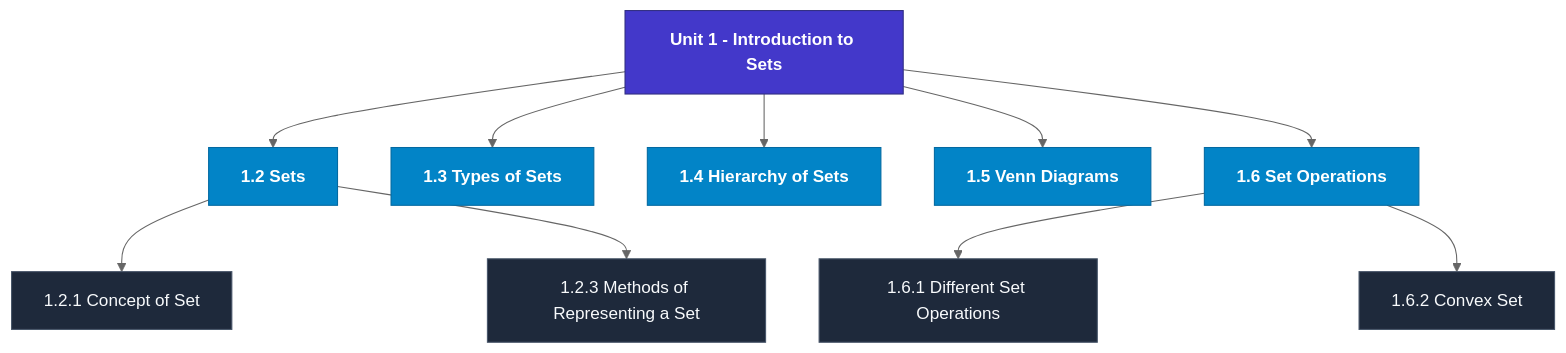
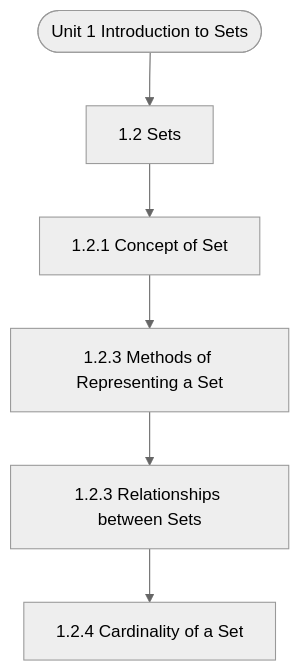
Before and after one commit to Asutosh-Coaching/mscdsa: the diagram in notes/Semester_1/MCS-061_Mathematical_Foundations_-_I/unit_01_Introduction_to_Sets.md, drawn with Mermaid (neutral theme). The commit also changed other lines of this file and 115 other files, not shown here.

Commit message:
Fix Mermaid layout for mobile, isolate LaTeX delimiters, and add GitHub Pages reader

````diff
--- a/notes/Semester_1/MCS-061_Mathematical_Foundations_-_I/unit_01_Introduction_to_Sets.md
+++ b/notes/Semester_1/MCS-061_Mathematical_Foundations_-_I/unit_01_Introduction_to_Sets.md
@@ -19,27 +19,14 @@
 ```mermaid
 flowchart TD
-  %% Styling Definitions
-  classDef head fill:#4338ca,stroke:#312e81,color:#ffffff,font-weight:bold;
-  classDef topic fill:#0284c7,stroke:#0369a1,color:#ffffff,font-weight:600;
-  classDef sub fill:#1e293b,stroke:#475569,color:#f8fafc;
-
-  Root["Unit 1 - Introduction to Sets"]:::head
-  M1["1.2 Sets"]:::topic
-  Root --> M1
-  M1_1["1.2.1 Concept of Set"]:::sub
-  M1 --> M1_1
-  M1_2["1.2.3 Methods of Representing a Set"]:::sub
-  M1 --> M1_2
-  M2["1.3 Types of Sets"]:::topic
-  Root --> M2
-  M3["1.4 Hierarchy of Sets"]:::topic
-  Root --> M3
-  M4["1.5 Venn Diagrams"]:::topic
-  Root --> M4
-  M5["1.6 Set Operations"]:::topic
-  Root --> M5
-  M5_1["1.6.1 Different Set Operations"]:::sub
-  M5 --> M5_1
-  M5_2["1.6.2 Convex Set"]:::sub
-  M5 --> M5_2
+  Start(["Unit 1 Introduction to Sets"])
+  N1["1.2 Sets"]
+  N2["1.2.1 Concept of Set"]
+  N3["1.2.3 Methods of Representing a Set"]
+  N4["1.2.3 Relationships between Sets"]
+  N5["1.2.4 Cardinality of a Set"]
+  Start --> N1
+  N1 --> N2
+  N2 --> N3
+  N3 --> N4
+  N4 --> N5
 ```
````
